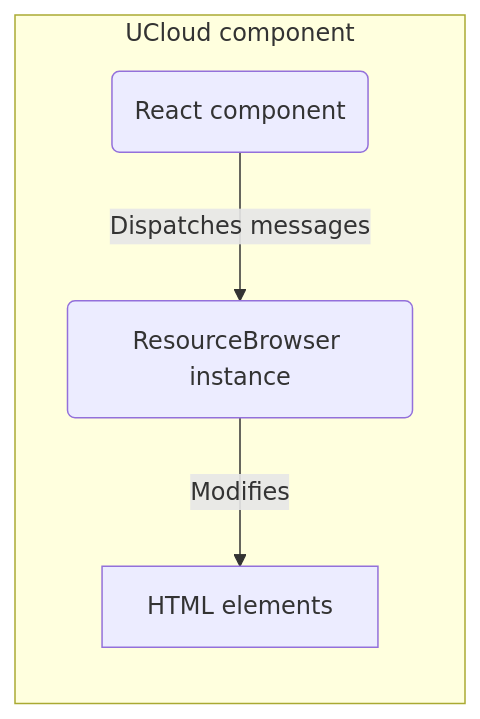
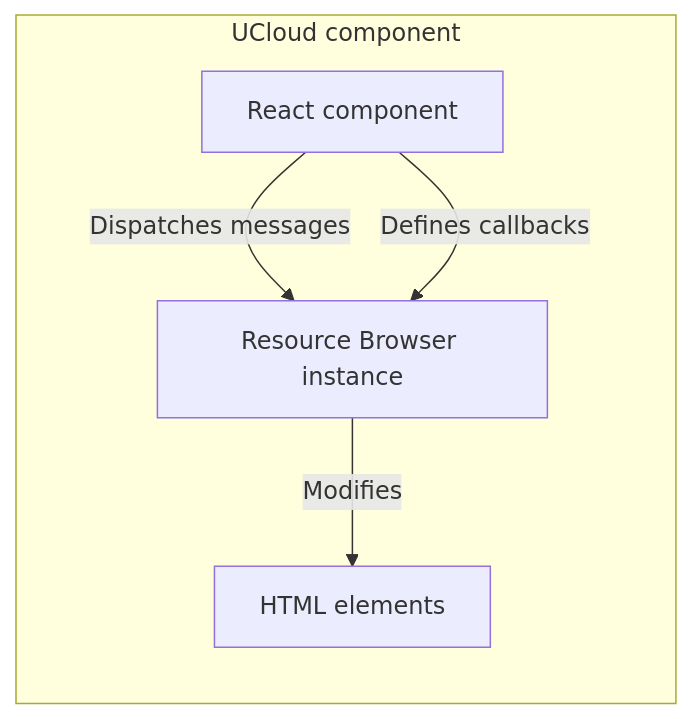
One commit to SDU-eScience/UCloud changed the diagram in provider-integration/im2/docs/src/dev/frontend/resource-browser/about.md. Above: the diagram before and after it, drawn with Mermaid. The commit also changed other lines of this file and 10 other files, not shown here.

````diff
--- a/provider-integration/im2/docs/src/dev/frontend/resource-browser/about.md
+++ b/provider-integration/im2/docs/src/dev/frontend/resource-browser/about.md
@@ -26,10 +26,11 @@
 ```mermaid
 flowchart LR
-    subgraph UCloud component
-        A(React component)
-        B(ResourceBrowser instance)
-        A -->|Dispatches messages|B
-        C[HTML elements]
-        B -->|Modifies| C
+    subgraph "UCloud component"
+        A["React component"]:::diagram-external-cog-6-tooth
+        B["Resource Browser instance"]:::diagram-external-cog-6-tooth
+        A -->|"Dispatches messages"|B
+        A -->|"Defines callbacks"|B
+        C["HTML elements"]:::diagram-external-cog-6-tooth
+        B -->|"Modifies"| C
     end
 ```
````
